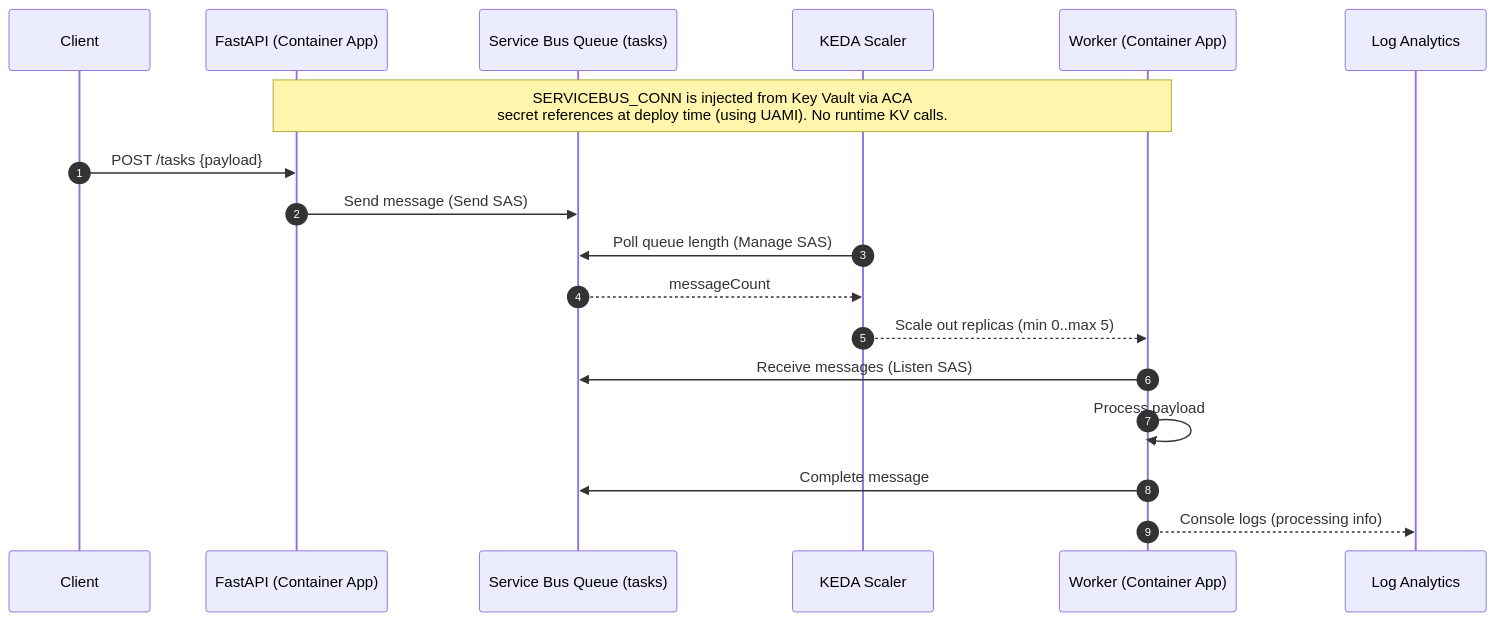
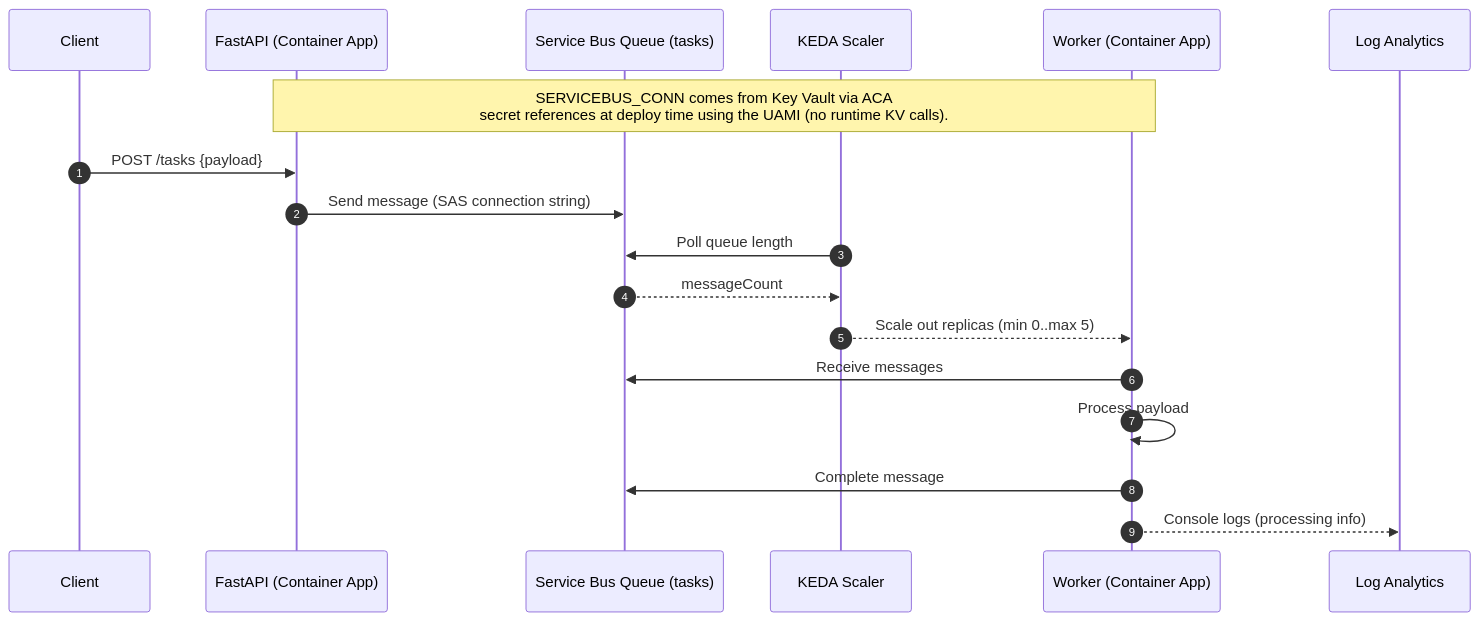
The diagram in readme.md (steve-sibi/azure-devsecops-aca), drawn with Mermaid before and after one commit. The commit also changed other lines of this file and 1 other file, not shown here.

````diff
--- a/readme.md
+++ b/readme.md
@@ -45,25 +45,24 @@
 ```mermaid
 sequenceDiagram
   autonumber
   participant C as Client
   participant API as FastAPI (Container App)
   participant SB as Service Bus Queue (tasks)
   participant KEDA as KEDA Scaler
   participant W as Worker (Container App)
   participant LA as Log Analytics
 
-  Note over API,W: SERVICEBUS_CONN is injected from Key Vault via ACA<br/>secret references at deploy time (using UAMI). No runtime KV calls.
+  Note over API,W: SERVICEBUS_CONN comes from Key Vault via ACA<br/>secret references at deploy time using the UAMI (no runtime KV calls).
 
   C->>API: POST /tasks {payload}
-  API->>SB: Send message (Send SAS)
+  API->>SB: Send message (SAS connection string)
 
-  KEDA->>SB: Poll queue length (Manage SAS)
+  KEDA->>SB: Poll queue length
   SB-->>KEDA: messageCount
   KEDA-->>W: Scale out replicas (min 0..max 5)
 
-  W->>SB: Receive messages (Listen SAS)
+  W->>SB: Receive messages
   W->>W: Process payload
   W->>SB: Complete message
   W-->>LA: Console logs (processing info)
-
 ```
````
